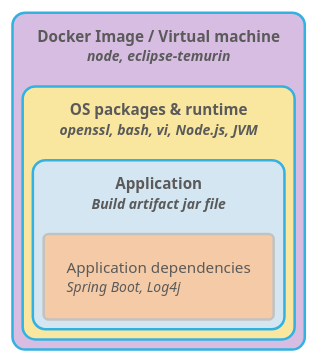
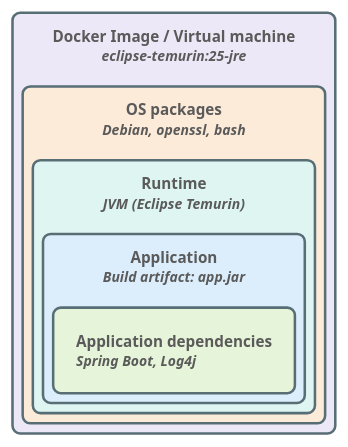
One commit to johanjanssen/Keep-Up-To-Date changed the diagram in Presentation/architecture-example.puml. Above: the diagram before and after it, drawn with PlantUML. The commit also changed 5 other files, not shown here.

```diff
--- a/Presentation/architecture-example.puml
+++ b/Presentation/architecture-example.puml
@@ -1,15 +1,22 @@
 @startuml
 !theme bluegray
 !pragma layout smetana
 skinparam backgroundColor transparent
+skinparam roundCorner 12
+skinparam rectangle {
+    BorderColor #586e75
+    FontStyle bold
+}
 
-rectangle "Docker Image / Virtual machine\n<size:11><i>node, eclipse-temurin</i></size>" as vm #D7BDE2 {
-    rectangle "OS packages & runtime\n<size:11><i>openssl, bash, vi, Node.js, JVM</i></size>" as os #F9E79F {
-        rectangle "Application\n<size:11><i>Build artifact jar file</i></size>" as app #D4E6F1 {
-            rectangle "Application dependencies\n<size:11><i>Spring Boot, Log4j</i></size>" as deps #F5CBA7 {
+rectangle "Docker Image / Virtual machine\n<size:11><i>eclipse-temurin:25-jre</i></size>" as vm #ECE8F7 {
+    rectangle "OS packages\n<size:11><i>Debian, openssl, bash</i></size>" as os #FDEBD9 {
+        rectangle "Runtime\n<size:11><i>JVM (Eclipse Temurin)</i></size>" as rt #DFF5F2 {
+            rectangle "Application\n<size:11><i>Build artifact: app.jar</i></size>" as app #DCEEFB {
+                rectangle "Application dependencies\n<size:11><i>Spring Boot, Log4j</i></size>" as deps #E6F4D9 {
+                }
             }
         }
     }
 }
 
 @enduml
```
